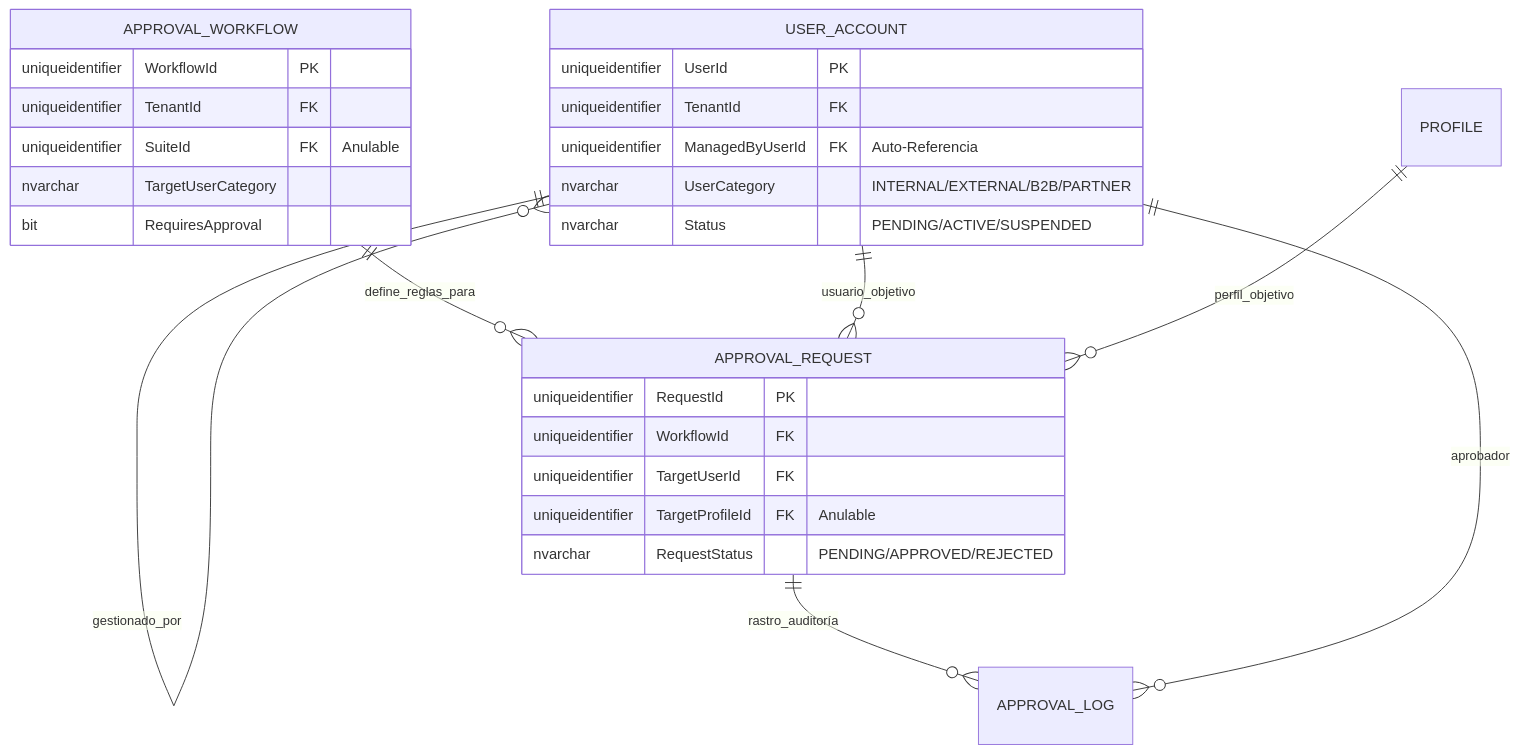
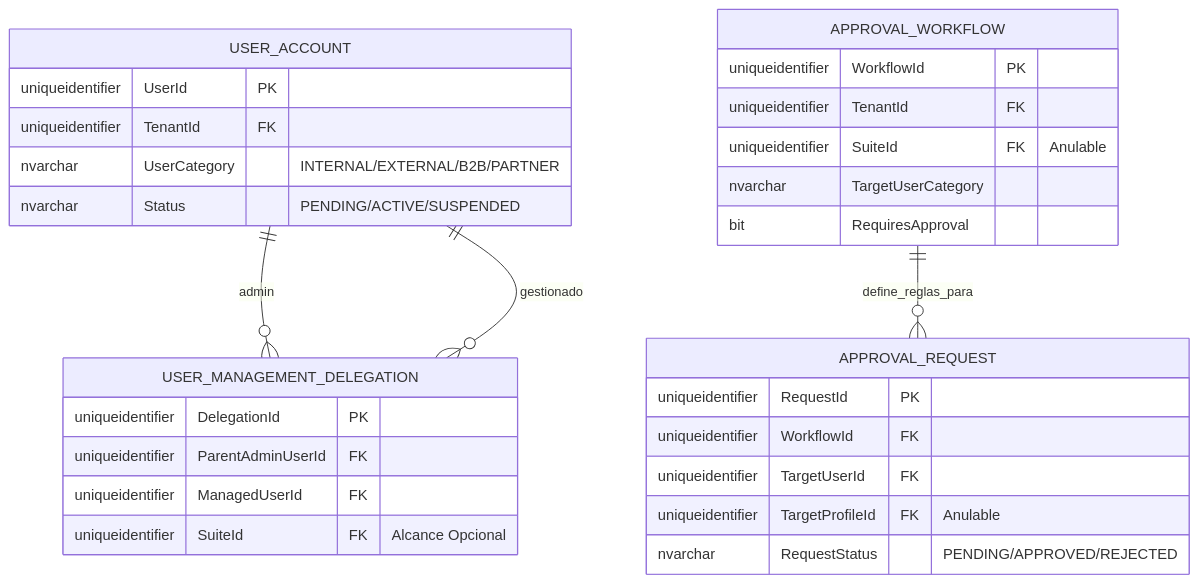
The fourth of 4 diagrams in architecture/blueprints-es/database-design-er.md (beyondnetcode/ums), drawn with Mermaid before and after one commit. The commit also changed other lines of this file and 4 other files, not shown here.

Commit message:
refactor(auth): evolve delegated administration to Many-to-Many model (USER_MANAGEMENT_DELEGATION)

````diff
--- a/architecture/blueprints-es/database-design-er.md
+++ b/architecture/blueprints-es/database-design-er.md
@@ -132,33 +133,36 @@
 ```mermaid
 erDiagram
-    USER_ACCOUNT ||--o{ USER_ACCOUNT : "gestionado_por"
+    USER_ACCOUNT ||--o{ USER_MANAGEMENT_DELEGATION : "admin"
+    USER_ACCOUNT ||--o{ USER_MANAGEMENT_DELEGATION : "gestionado"
     APPROVAL_WORKFLOW ||--o{ APPROVAL_REQUEST : "define_reglas_para"
-    APPROVAL_REQUEST ||--o{ APPROVAL_LOG : "rastro_auditoría"
-    USER_ACCOUNT ||--o{ APPROVAL_REQUEST : "usuario_objetivo"
-    USER_ACCOUNT ||--o{ APPROVAL_LOG : "aprobador"
-    PROFILE ||--o{ APPROVAL_REQUEST : "perfil_objetivo"
     
     USER_ACCOUNT {
         uniqueidentifier UserId PK
         uniqueidentifier TenantId FK
-        uniqueidentifier ManagedByUserId FK "Auto-Referencia"
         nvarchar UserCategory "INTERNAL/EXTERNAL/B2B/PARTNER"
         nvarchar Status "PENDING/ACTIVE/SUSPENDED"
+    }
+
+    USER_MANAGEMENT_DELEGATION {
+        uniqueidentifier DelegationId PK
+        uniqueidentifier ParentAdminUserId FK
+        uniqueidentifier ManagedUserId FK
+        uniqueidentifier SuiteId FK "Alcance Opcional"
     }
     
     APPROVAL_WORKFLOW {
         uniqueidentifier WorkflowId PK
         uniqueidentifier TenantId FK
         uniqueidentifier SuiteId FK "Anulable"
         nvarchar TargetUserCategory
         bit RequiresApproval
     }
     
     APPROVAL_REQUEST {
         uniqueidentifier RequestId PK
         uniqueidentifier WorkflowId FK
         uniqueidentifier TargetUserId FK
         uniqueidentifier TargetProfileId FK "Anulable"
         nvarchar RequestStatus "PENDING/APPROVED/REJECTED"
     }
 ```
````
